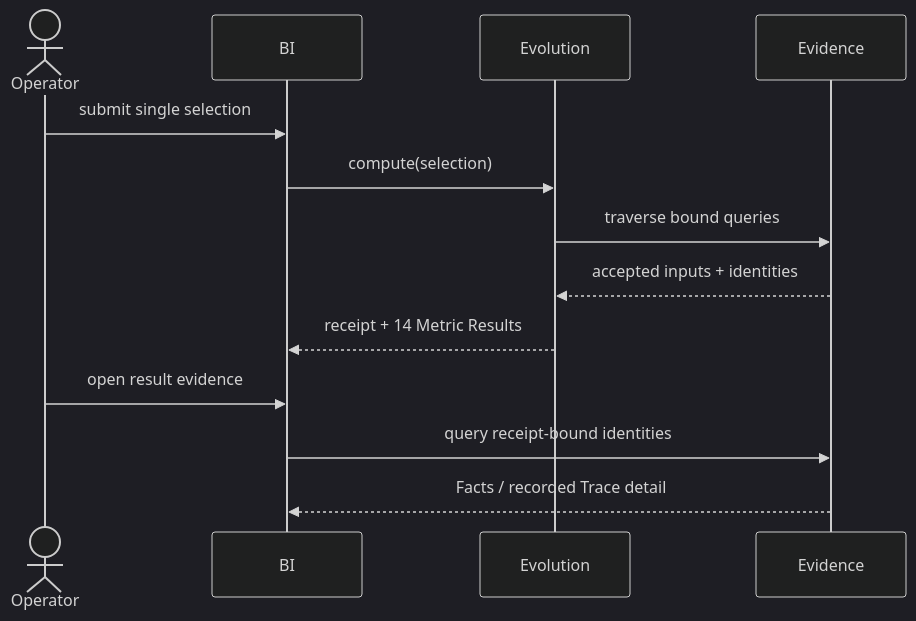
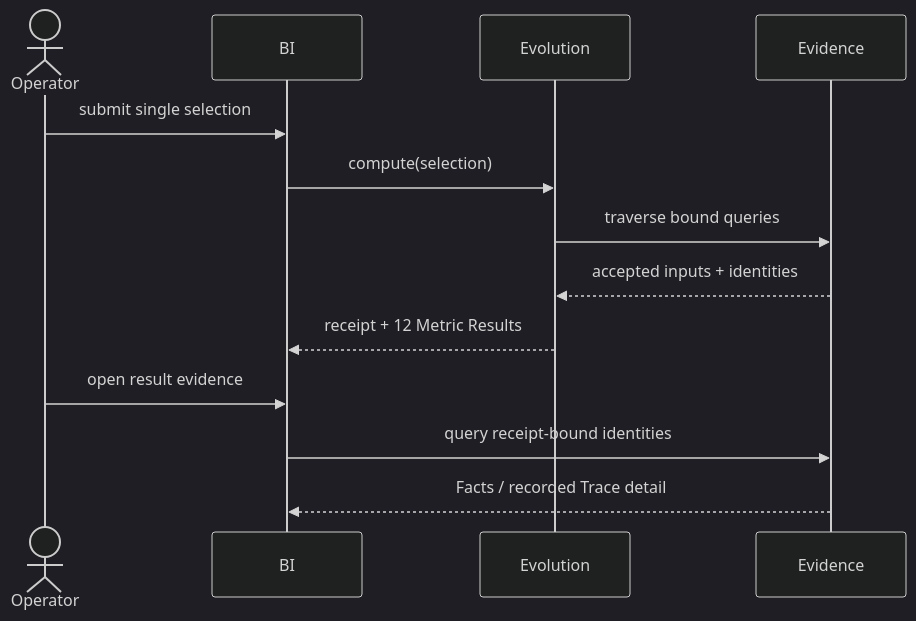
The fifth of 6 diagrams in docs/systems/bi/bi-ui-design.md (firestige/workflow-self-recursive), drawn with Mermaid (dark theme) before and after one commit. The commit also changed other lines of this file and 11 other files, not shown here.

````diff
--- a/docs/systems/bi/bi-ui-design.md
+++ b/docs/systems/bi/bi-ui-design.md
@@ -230,15 +230,15 @@
 ```mermaid
 sequenceDiagram
     actor U as Operator
     participant BI
     participant EV as Evolution
     participant ED as Evidence
     U->>BI: submit single selection
     BI->>EV: compute(selection)
     EV->>ED: traverse bound queries
     ED-->>EV: accepted inputs + identities
-    EV-->>BI: receipt + 14 Metric Results
+    EV-->>BI: receipt + 12 Metric Results
     U->>BI: open result evidence
     BI->>ED: query receipt-bound identities
     ED-->>BI: Facts / recorded Trace detail
 ```
````
